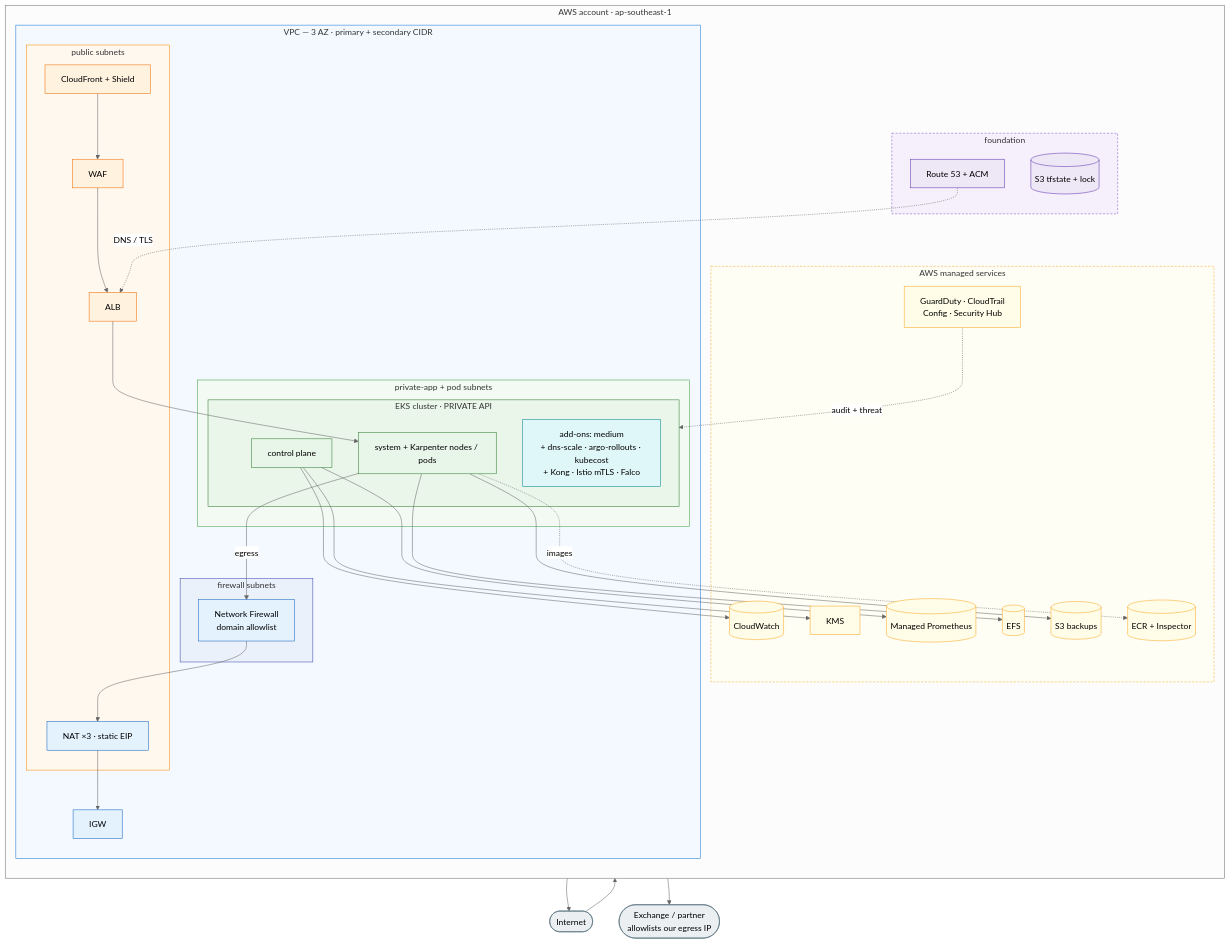
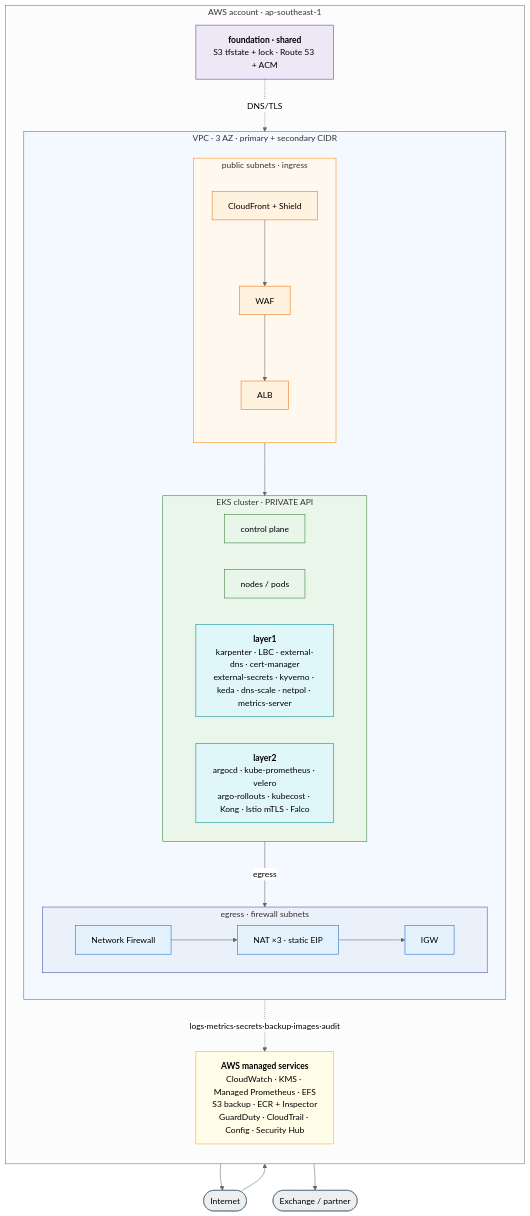
The third of 3 diagrams in eks/docs/ARCHITECTURE.md (trongnvv/aws-iac), drawn with Mermaid (neutral theme) before and after one commit. The commit also changed other lines of this file, not shown here.

````diff
--- a/eks/docs/ARCHITECTURE.md
+++ b/eks/docs/ARCHITECTURE.md
@@ -141,71 +125,47 @@
 ```mermaid
 flowchart TB
   internet([Internet]):::ext
-  partner([Exchange / partner<br/>allowlists our egress IP]):::ext
-
+  partner([Exchange / partner]):::ext
   subgraph acct["AWS account · ap-southeast-1"]
     direction TB
-
-    subgraph found["foundation"]
-      tfstate[("S3 tfstate + lock")]:::fnd
-      dns["Route 53 + ACM"]:::fnd
-    end
-
-    subgraph svcs["AWS managed services"]
-      cw[("CloudWatch")]:::svc
-      kms["KMS"]:::svc
-      amp[("Managed Prometheus")]:::svc
-      efs[("EFS")]:::svc
-      s3b[("S3 backups")]:::svc
-      ecr[("ECR + Inspector")]:::svc
-      sec["GuardDuty · CloudTrail<br/>Config · Security Hub"]:::svc
-    end
-
-    subgraph vpc["VPC — 3 AZ · primary + secondary CIDR"]
-      igw["IGW"]:::net
-      subgraph pub["public subnets"]
-        cf["CloudFront + Shield"]:::edge
-        waf["WAF"]:::edge
-        alb["ALB"]:::edge
-        nat["NAT ×3 · static EIP"]:::net
+    found["<b>foundation · shared</b><br/>S3 tfstate + lock · Route 53 + ACM"]:::fnd
+    subgraph vpc["VPC · 3 AZ · primary + secondary CIDR"]
+      direction TB
+      subgraph ingress["public subnets · ingress"]
+        direction TB
+        cf["CloudFront + Shield"]:::edge --> waf["WAF"]:::edge --> alb["ALB"]:::edge
       end
-      subgraph fw["firewall subnets"]
-        nfw["Network Firewall<br/>domain allowlist"]:::net
+      subgraph eks["EKS cluster · PRIVATE API"]
+        direction LR
+        cp["control plane"]:::eks
+        nodes["nodes / pods"]:::eks
+        l1["<b>layer1</b><br/>karpenter · LBC · external-dns · cert-manager<br/>external-secrets · kyverno · keda · dns-scale · netpol · metrics-server"]:::add
+        l2["<b>layer2</b><br/>argocd · kube-prometheus · velero<br/>argo-rollouts · kubecost · Kong · Istio mTLS · Falco"]:::add
       end
-      subgraph app["private-app + pod subnets"]
-        subgraph eks["EKS cluster · PRIVATE API"]
-          cp["control plane"]:::eks
-          nodes["system + Karpenter nodes / pods"]:::eks
-          addons["add-ons: medium<br/>+ dns-scale · argo-rollouts · kubecost<br/>+ Kong · Istio mTLS · Falco"]:::add
-        end
+      subgraph egr["egress · firewall subnets"]
+        direction LR
+        nfw["Network Firewall"]:::net --> nat["NAT ×3 · static EIP"]:::net --> igw["IGW"]:::net
       end
     end
+    svc["<b>AWS managed services</b><br/>CloudWatch · KMS · Managed Prometheus · EFS<br/>S3 backup · ECR + Inspector<br/>GuardDuty · CloudTrail · Config · Security Hub"]:::svc
   end
+  internet --> cf
+  alb --> nodes
+  found -. DNS/TLS .-> alb
+  nodes -->|egress| nfw
+  igw --> internet
+  nat --> partner
+  nodes -. logs·metrics·secrets·backup·images·audit .-> svc
 
-  internet --> cf --> waf --> alb --> nodes
-  dns -. DNS / TLS .-> alb
-  nodes -->|egress| nfw --> nat --> igw --> internet
-  nat --> partner
-  cp --> cw
-  cp --> kms
-  cp --> amp
-  nodes --> efs
-  nodes --> s3b
-  nodes -. images .-> ecr
-  sec -. audit + threat .-> eks
-
-  classDef ext  fill:#eceff1,stroke:#546e7a,color:#000
-  classDef fnd  fill:#ede7f6,stroke:#5e35b1,color:#000
-  classDef net  fill:#e3f2fd,stroke:#1565c0,color:#000
+  classDef ext fill:#eceff1,stroke:#546e7a,color:#000
+  classDef fnd fill:#ede7f6,stroke:#5e35b1,color:#000
+  classDef net fill:#e3f2fd,stroke:#1565c0,color:#000
   classDef edge fill:#fff3e0,stroke:#ef6c00,color:#000
-  classDef eks  fill:#e8f5e9,stroke:#2e7d32,color:#000
-  classDef add  fill:#e0f7fa,stroke:#00838f,color:#000
-  classDef svc  fill:#fffde7,stroke:#f9a825,color:#000
-  style found fill:#f5f0fb,stroke:#7e57c2,stroke-dasharray:4 3
-  style svcs fill:#fffef4,stroke:#f9a825,stroke-dasharray:4 3
+  classDef eks fill:#e8f5e9,stroke:#2e7d32,color:#000
+  classDef add fill:#e0f7fa,stroke:#00838f,color:#000
+  classDef svc fill:#fffde7,stroke:#f9a825,color:#000
   style vpc fill:#f4f9ff,stroke:#1976d2
-  style pub fill:#fff8ef,stroke:#fb8c00
-  style fw fill:#eaf1fb,stroke:#3949ab
-  style app fill:#f3faf3,stroke:#43a047
+  style ingress fill:#fff8ef,stroke:#fb8c00
+  style egr fill:#eaf1fb,stroke:#3949ab
   style eks fill:#eaf6ea,stroke:#2e7d32
 ```
````
